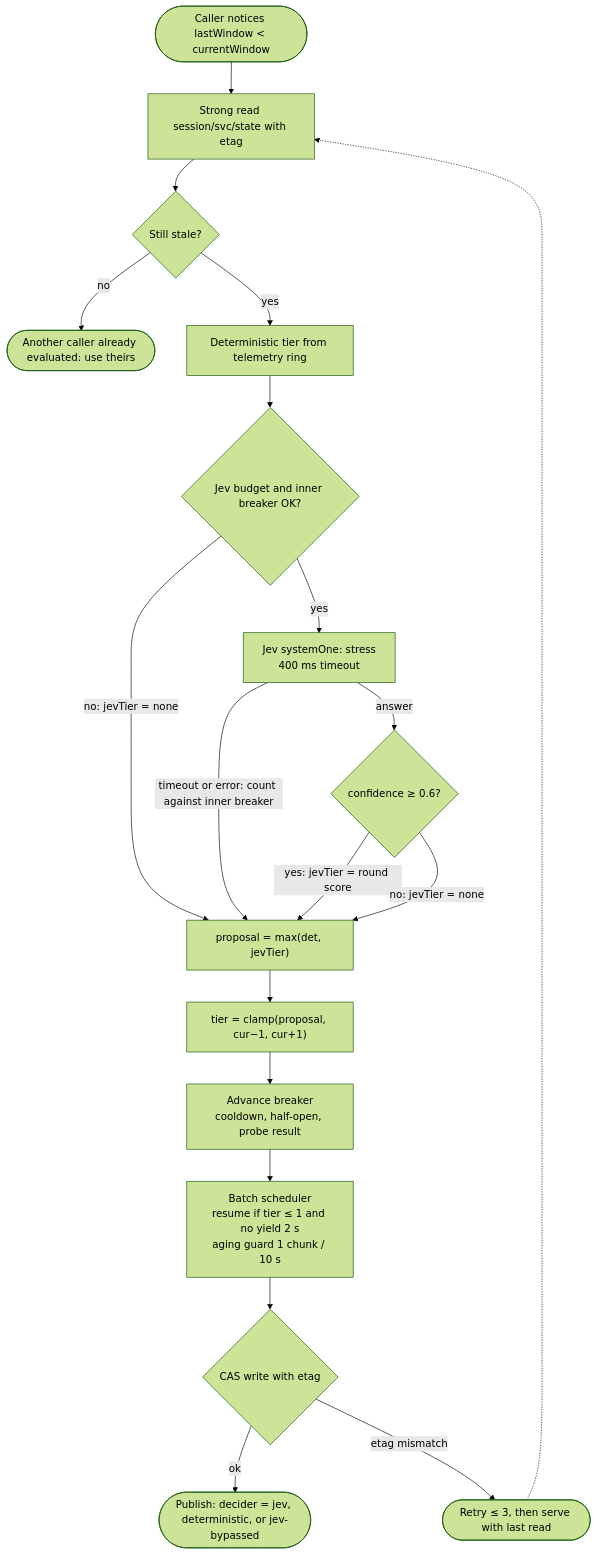
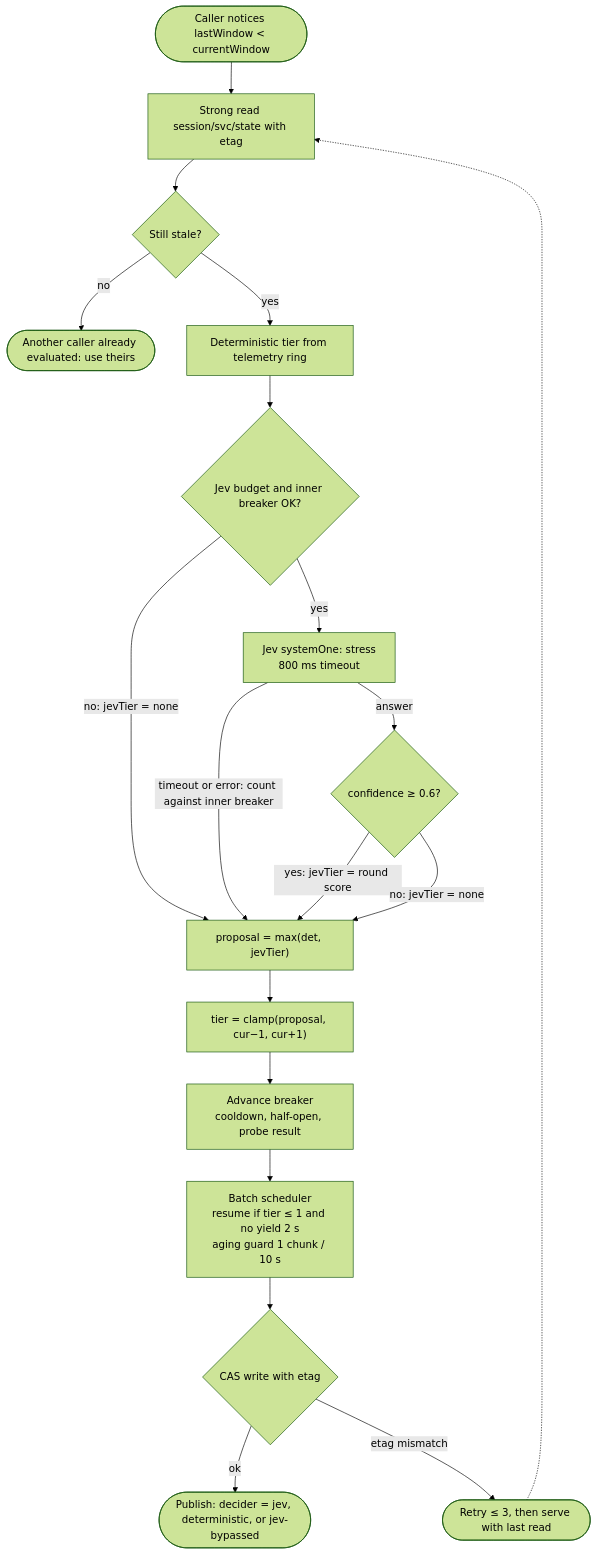
The third of 5 diagrams in docs/control-plane.md (bharath-ramaprasad/infra-guardian), drawn with Mermaid (forest theme) before and after one commit. The commit also changed other lines of this file and 34 other files, not shown here.

````diff
--- a/docs/control-plane.md
+++ b/docs/control-plane.md
@@ -86,32 +86,32 @@
 ```mermaid
 flowchart TB
   START([Caller notices lastWindow < currentWindow])
   READ["Strong read session/svc/state with etag"]
   STALE{Still stale?}
   SKIP([Another caller already evaluated: use theirs])
   DET["Deterministic tier from telemetry ring"]
   BUD{Jev budget and inner breaker OK?}
-  CALL["Jev systemOne: stress<br/>400 ms timeout"]
+  CALL["Jev systemOne: stress<br/>800 ms timeout"]
   CONF{confidence ≥ 0.6?}
   MERGE["proposal = max(det, jevTier)"]
   CLAMP["tier = clamp(proposal, cur−1, cur+1)"]
   BRK["Advance breaker<br/>cooldown, half-open, probe result"]
   JOBS["Batch scheduler<br/>resume if tier ≤ 1 and no yield 2 s<br/>aging guard 1 chunk / 10 s"]
   CAS{CAS write with etag}
   DONE(["Publish: decider = jev, deterministic, or jev-bypassed"])
   RETRY([Retry ≤ 3, then serve with last read])
 
   START --> READ --> STALE
   STALE -->|no| SKIP
   STALE -->|yes| DET --> BUD
   BUD -->|yes| CALL
   BUD -->|no: jevTier = none| MERGE
   CALL -->|answer| CONF
   CALL -->|timeout or error: count against inner breaker| MERGE
   CONF -->|yes: jevTier = round score| MERGE
   CONF -->|no: jevTier = none| MERGE
   MERGE --> CLAMP --> BRK --> JOBS --> CAS
   CAS -->|ok| DONE
   CAS -->|etag mismatch| RETRY
   RETRY -.-> READ
 ```
````
